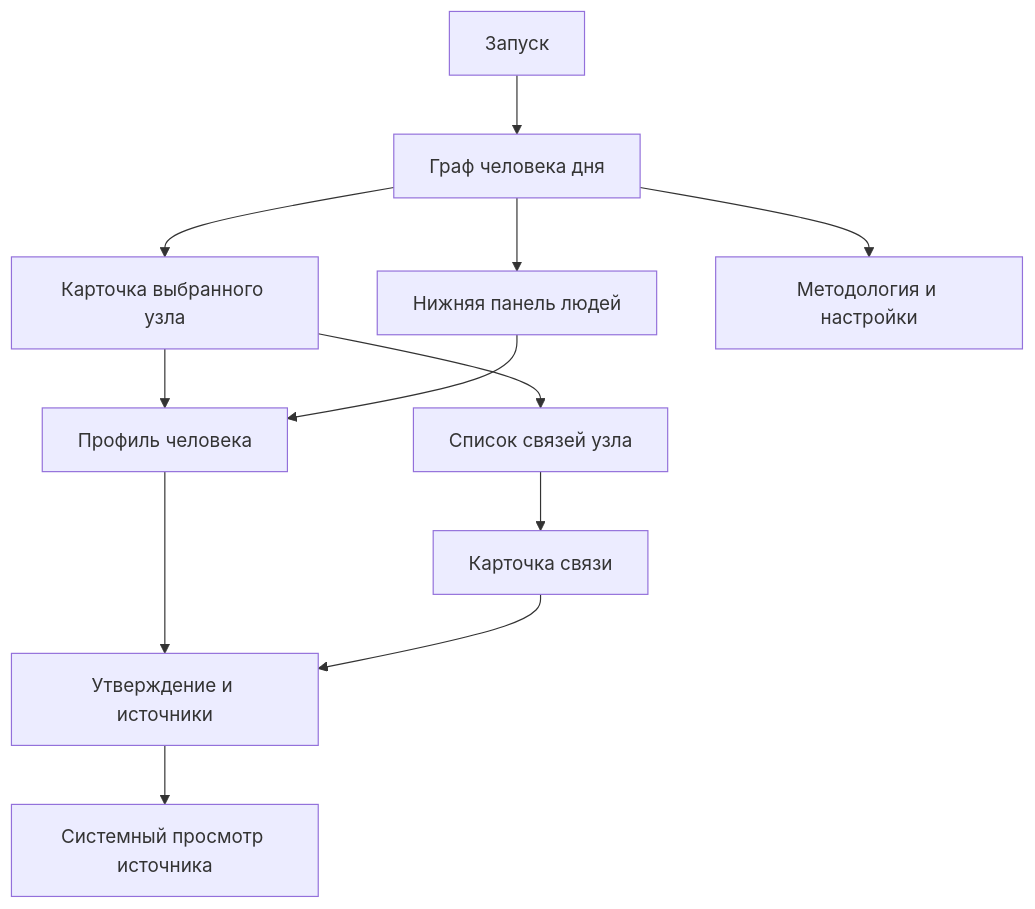
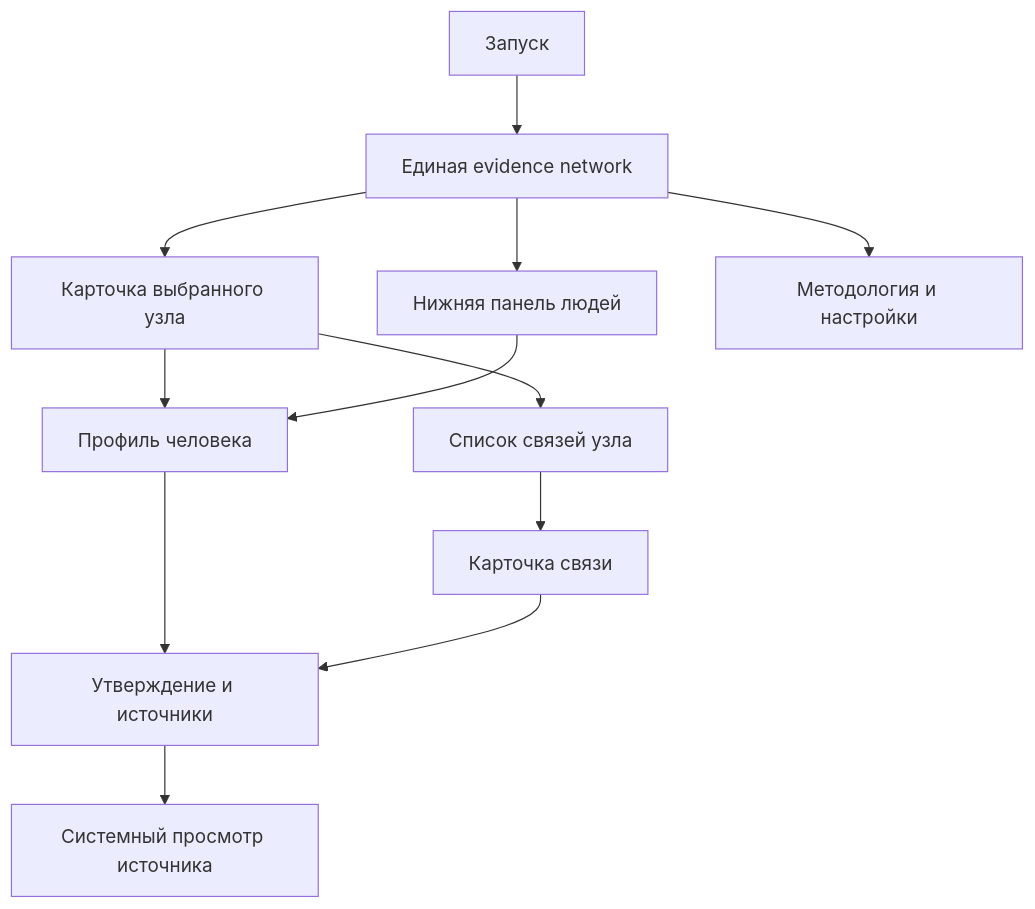
The diagram in docs/ux/experience.md (CoBug92/Billion-Code), drawn with Mermaid before and after one commit. The commit also changed other lines of this file and 60 other files, not shown here.

Commit message:
feat: add native evidence graph spike

````diff
--- a/docs/ux/experience.md
+++ b/docs/ux/experience.md
@@ -14,14 +14,14 @@
 ```mermaid
 flowchart TD
-    Launch[Запуск] --> Graph[Граф человека дня]
+    Launch[Запуск] --> Graph[Единая evidence network]
     Graph --> Node[Карточка выбранного узла]
     Node --> Profile[Профиль человека]
     Node --> Relations[Список связей узла]
     Relations --> Relation[Карточка связи]
     Profile --> Claim[Утверждение и источники]
     Relation --> Claim
     Graph --> Sheet[Нижняя панель людей]
     Sheet --> Profile
     Graph --> Settings[Методология и настройки]
     Claim --> Browser[Системный просмотр источника]
 ```
````
